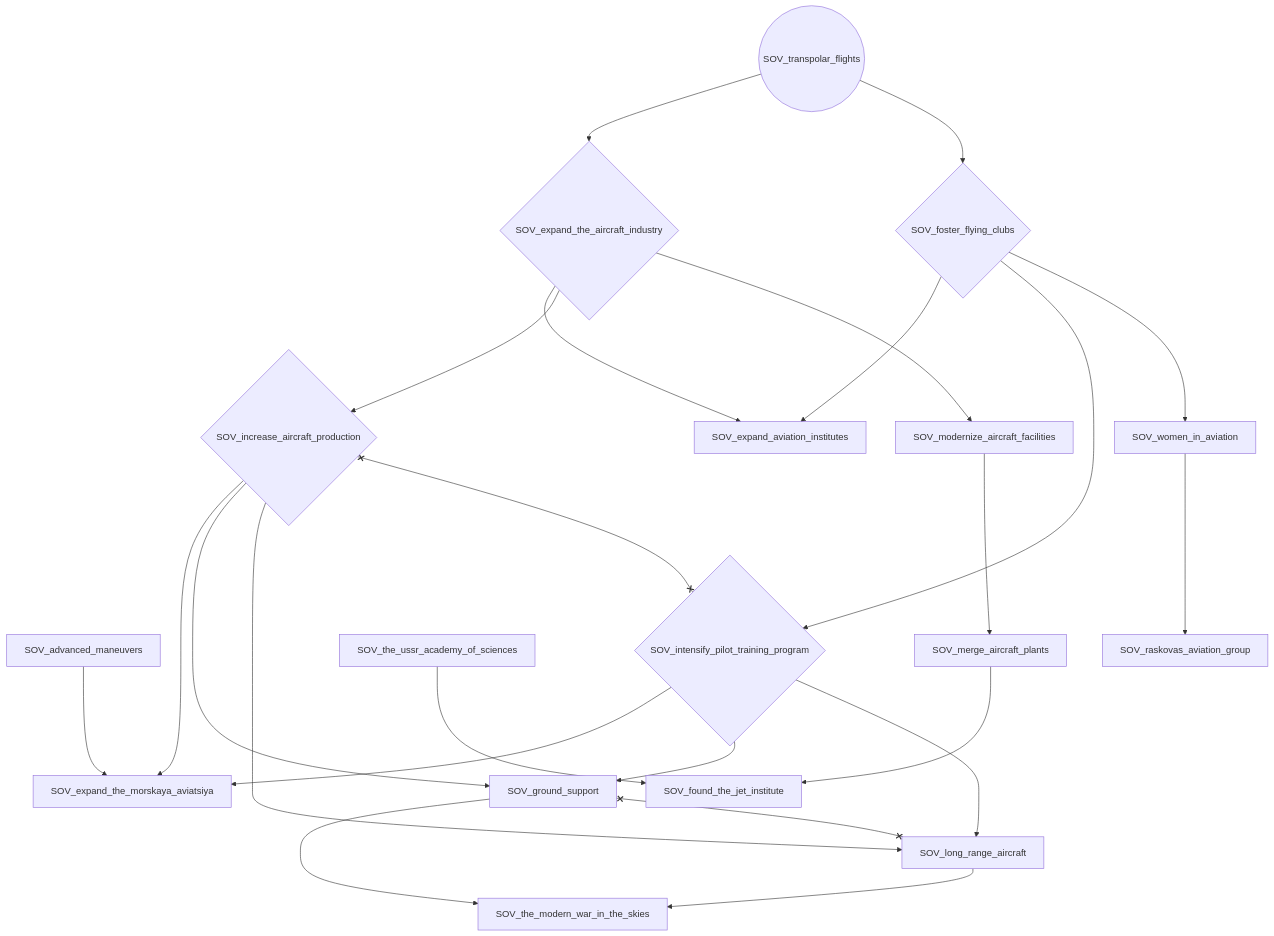
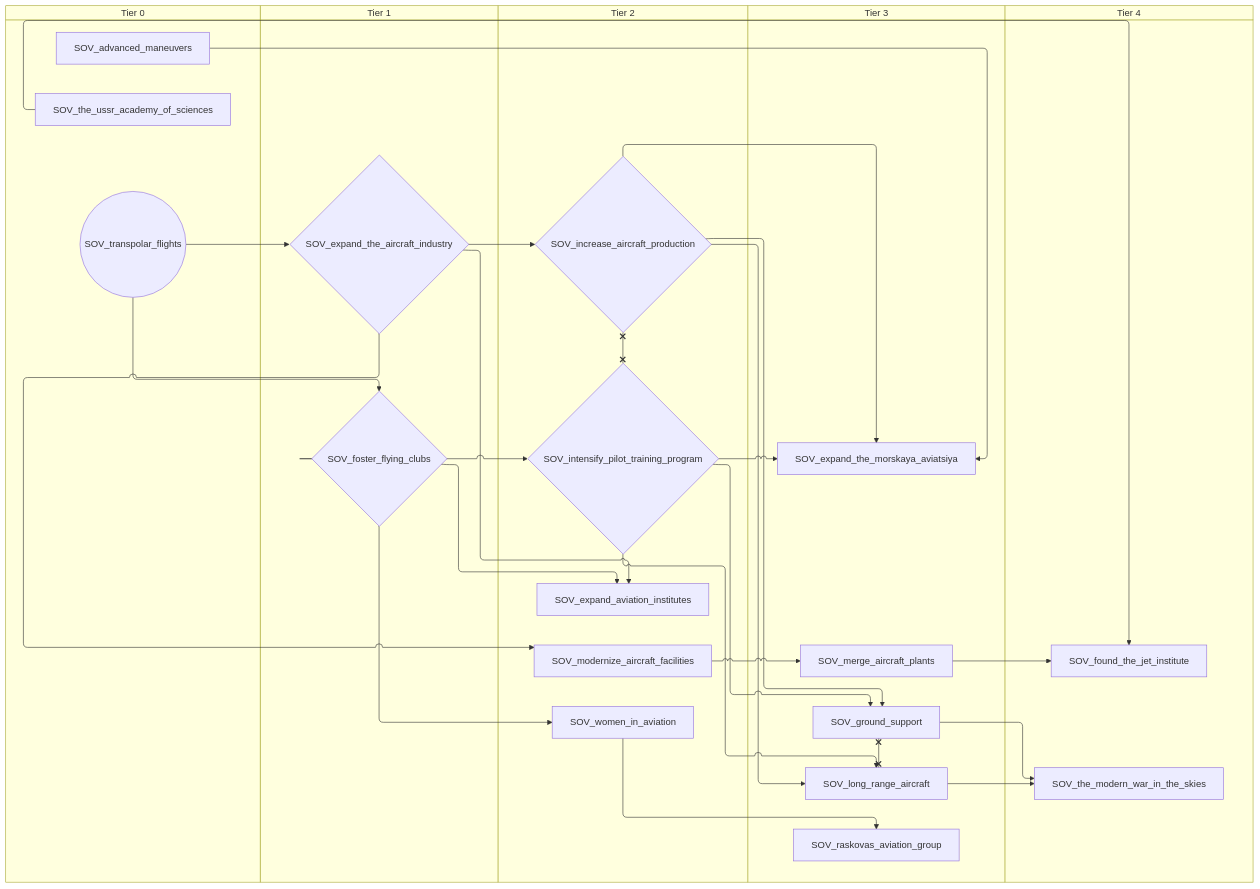
Before and after one commit to evgeny-sobol/hoi4-sandbox-mode-r56: the ninth of 9 diagrams in docs/gdd/National Focuses/r56/soviet.md, drawn with Mermaid. The commit also changed other lines of this file and 423 other files, not shown here.

First line of the commit message:
Re-export Rt56 focus trees as swimlane diagrams

````diff
--- a/docs/gdd/National Focuses/r56/soviet.md
+++ b/docs/gdd/National Focuses/r56/soviet.md
@@ -1254,43 +1414,53 @@
 ```mermaid
-flowchart TD
-    n104["SOV_advanced_maneuvers"]
-    n440["SOV_expand_aviation_institutes"]
-    n441{"SOV_expand_the_aircraft_industry"}
-    n107["SOV_expand_the_morskaya_aviatsiya"]
-    n442{"SOV_foster_flying_clubs"}
-    n208["SOV_found_the_jet_institute"]
-    n443["SOV_ground_support"]
-    n110{"SOV_increase_aircraft_production"}
-    n111{"SOV_intensify_pilot_training_program"}
-    n444["SOV_long_range_aircraft"]
-    n215["SOV_merge_aircraft_plants"]
-    n445["SOV_modernize_aircraft_facilities"]
-    n446["SOV_raskovas_aviation_group"]
-    n447["SOV_the_modern_war_in_the_skies"]
-    n228["SOV_the_ussr_academy_of_sciences"]
-    n448(("SOV_transpolar_flights"))
-    n449["SOV_women_in_aviation"]
-    n441 --> n440
-    n442 --> n440
-    n448 --> n441
-    n110 --> n107
-    n111 --> n107
-    n104 --> n107
-    n448 --> n442
-    n228 --> n208
-    n215 --> n208
-    n110 --> n443
-    n111 --> n443
-    n441 --> n110
-    n442 --> n111
-    n110 --> n444
-    n111 --> n444
-    n445 --> n215
-    n441 --> n445
-    n449 --> n446
-    n443 --> n447
-    n444 --> n447
-    n442 --> n449
-    n443 x--x n444
-    n110 x--x n111
+swimlane-beta TD
+    subgraph tier_0["Tier 0"]
+        n122["SOV_advanced_maneuvers"]
+        n218["SOV_the_ussr_academy_of_sciences"]
+        n440(("SOV_transpolar_flights"))
+    end
+    subgraph tier_1["Tier 1"]
+        n441{"SOV_expand_the_aircraft_industry"}
+        n442{"SOV_foster_flying_clubs"}
+    end
+    subgraph tier_2["Tier 2"]
+        n443["SOV_expand_aviation_institutes"]
+        n105{"SOV_increase_aircraft_production"}
+        n106{"SOV_intensify_pilot_training_program"}
+        n444["SOV_modernize_aircraft_facilities"]
+        n445["SOV_women_in_aviation"]
+    end
+    subgraph tier_3["Tier 3"]
+        n123["SOV_expand_the_morskaya_aviatsiya"]
+        n446["SOV_ground_support"]
+        n447["SOV_long_range_aircraft"]
+        n203["SOV_merge_aircraft_plants"]
+        n448["SOV_raskovas_aviation_group"]
+    end
+    subgraph tier_4["Tier 4"]
+        n221["SOV_found_the_jet_institute"]
+        n449["SOV_the_modern_war_in_the_skies"]
+    end
+    n441 --> n443
+    n442 --> n443
+    n440 --> n441
+    n105 --> n123
+    n106 --> n123
+    n122 --> n123
+    n440 --> n442
+    n218 --> n221
+    n203 --> n221
+    n105 --> n446
+    n106 --> n446
+    n441 --> n105
+    n442 --> n106
+    n105 --> n447
+    n106 --> n447
+    n444 --> n203
+    n441 --> n444
+    n445 --> n448
+    n446 --> n449
+    n447 --> n449
+    n442 --> n445
+    n446 x--x n447
+    n105 x--x n106
 ```
````
